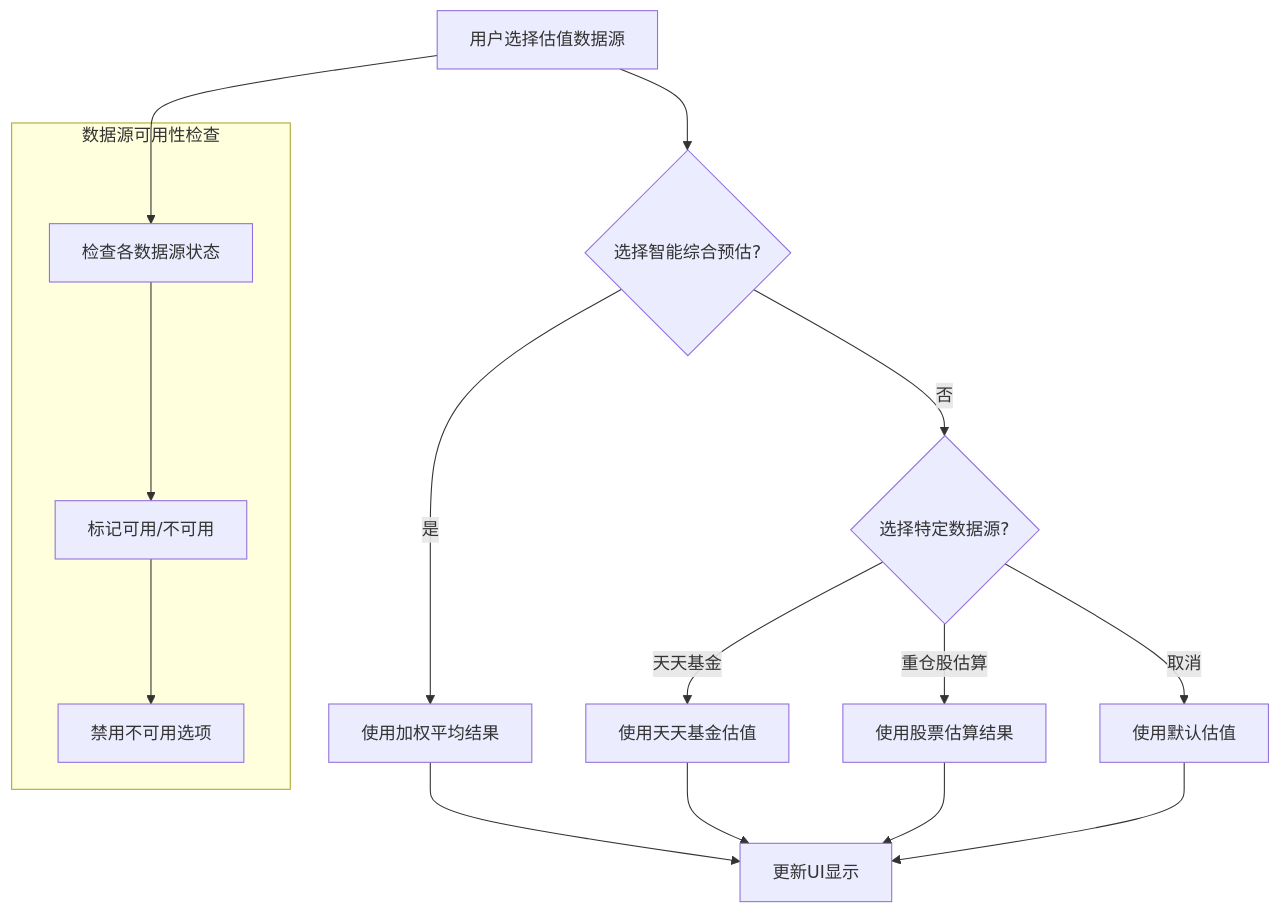
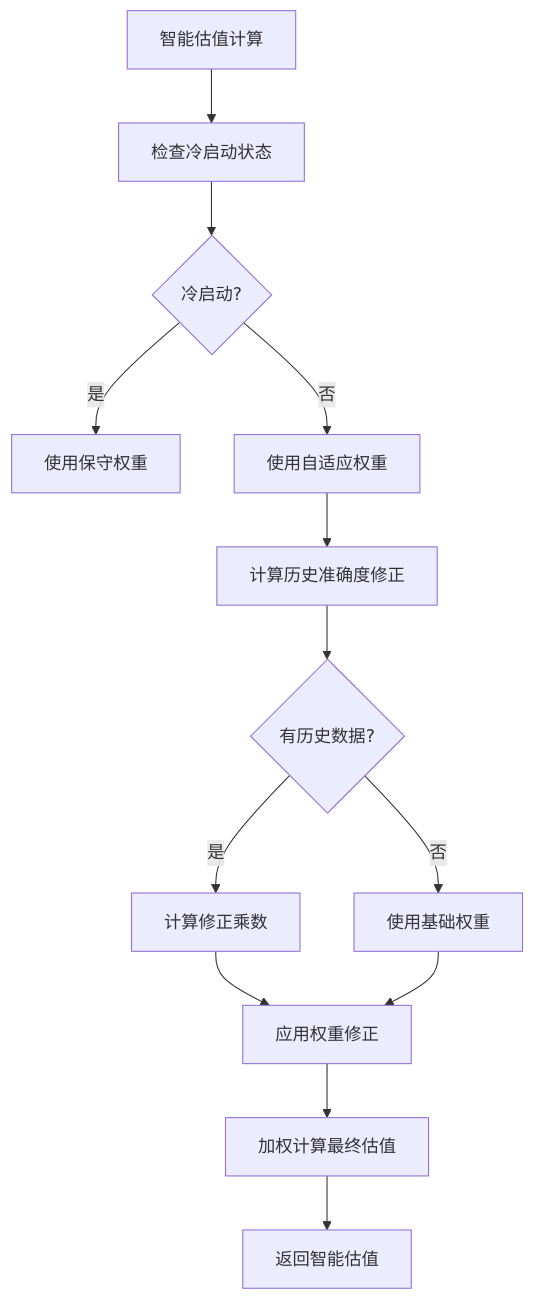
Diagram 23 of 28 in .qoder/repowiki/zh/content/核心功能开发/FundController增强.md (gree-coder/fund-butler), drawn with Mermaid before and after one commit. The commit also changed other lines of this file and 7 other files, not shown here.

````diff
--- a/.qoder/repowiki/zh/content/核心功能开发/FundController增强.md
+++ b/.qoder/repowiki/zh/content/核心功能开发/FundController增强.md
@@ -849,21 +938,15 @@
 ```mermaid
 flowchart TD
-A[用户选择估值数据源] --> B{选择智能综合预估?}
-B --> |是| C[使用加权平均结果]
-B --> |否| D{选择特定数据源?}
-D --> |天天基金| E[使用天天基金估值]
-D --> |重仓股估算| F[使用股票估算结果]
-D --> |取消| G[使用默认估值]
-C --> H[更新UI显示]
-E --> H
-F --> H
-G --> H
-subgraph "数据源可用性检查"
-I[检查各数据源状态]
-J[标记可用/不可用]
-K[禁用不可用选项]
-end
-A --> I
+A[智能估值计算] --> B[检查冷启动状态]
+B --> C{冷启动?}
+C --> |是| D[使用保守权重]
+C --> |否| E[使用自适应权重]
+E --> F[计算历史准确度修正]
+F --> G{有历史数据?}
+G --> |是| H[计算修正乘数]
+G --> |否| I[使用基础权重]
+H --> J[应用权重修正]
 I --> J
-J --> K
+J --> K[加权计算最终估值]
+K --> L[返回智能估值]
 ```
````
